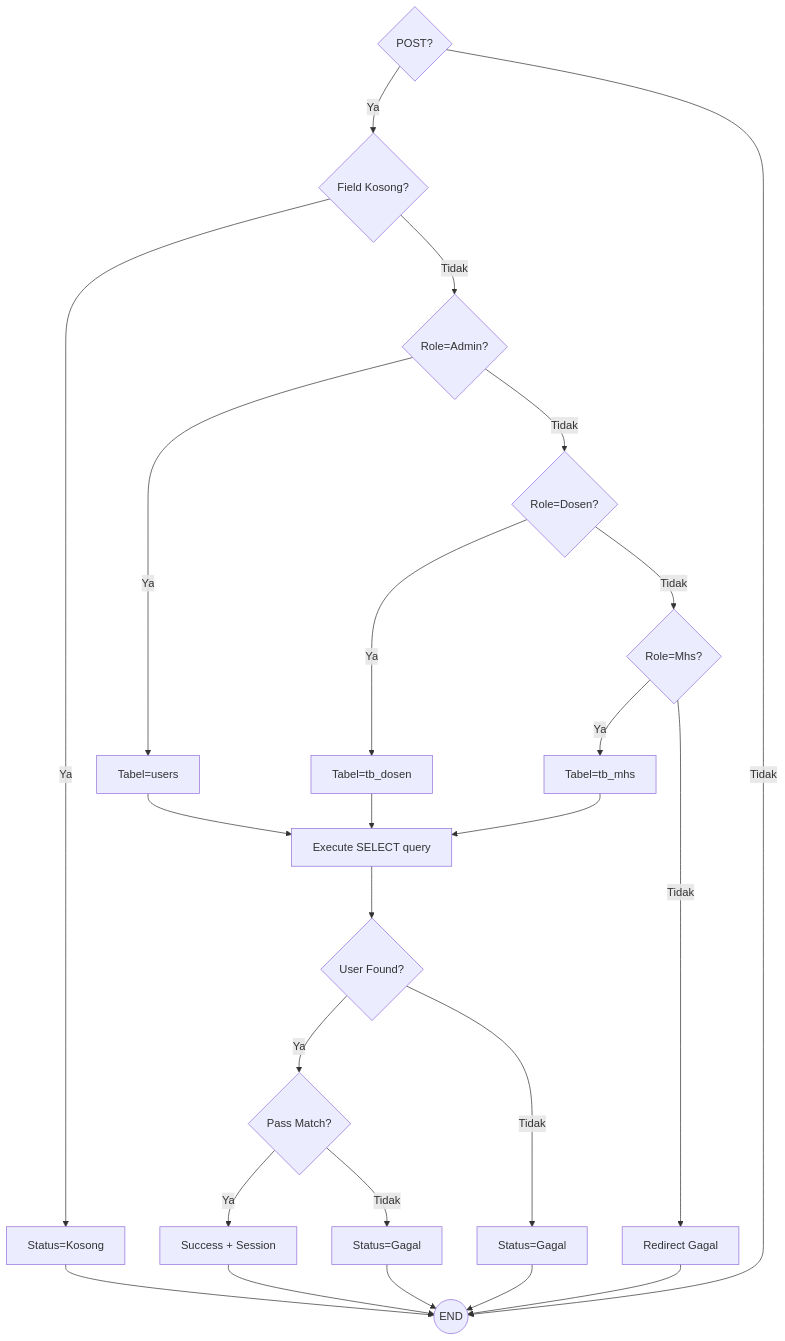
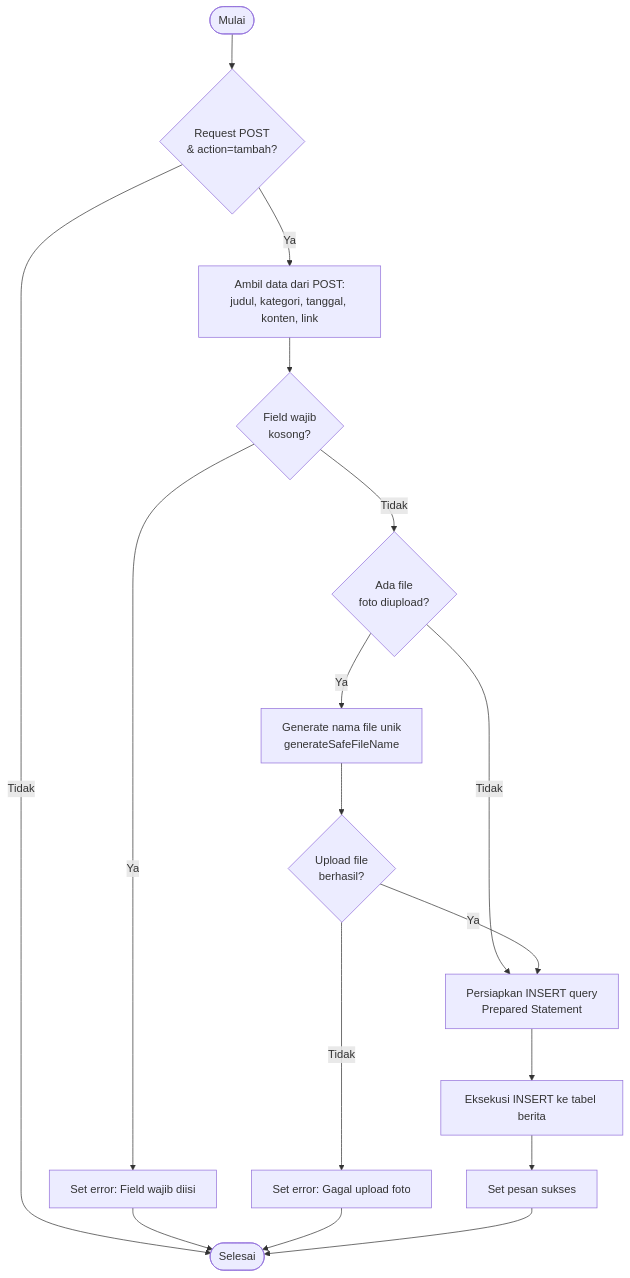
One commit to arbain-dev/Web_fikom changed the third of 6 diagrams in docs/07_PENGUJIAN_WHITE_BOX.md. Above: the diagram before and after it, drawn with Mermaid. The commit also changed other lines of this file and 46 other files, not shown here.

````diff
--- a/docs/07_PENGUJIAN_WHITE_BOX.md
+++ b/docs/07_PENGUJIAN_WHITE_BOX.md
@@ -43,20 +158,19 @@
 ```mermaid
 flowchart TD
-    N1{POST?} -->|Ya| N2{Field Kosong?}
-    N1 -->|Tidak| N17((END))
-    N2 -- Ya --> N3[Status=Kosong]
-    N2 -- Tidak --> N4{Role=Admin?}
-    N4 -- Ya --> N5[Tabel=users]
-    N4 -- Tidak --> N6{Role=Dosen?}
-    N6 -- Ya --> N7[Tabel=tb_dosen]
-    N6 -- Tidak --> N8{Role=Mhs?}
-    N8 -- Ya --> N9[Tabel=tb_mhs]
-    N8 -- Tidak --> N10[Redirect Gagal]
-    N5 & N7 & N9 --> N11[Execute SELECT query]
-    N11 --> N12{User Found?}
-    N12 -- Ya --> N13{Pass Match?}
-    N12 -- Tidak --> N16[Status=Gagal]
-    N13 -- Ya --> N14[Success + Session]
-    N13 -- Tidak --> N15[Status=Gagal]
-    N3 & N10 & N16 & N15 & N14 --> N17
+    A([Mulai]) --> B{Request POST\n& action=tambah?}
+    B -- Tidak --> M([Selesai])
+    B -- Ya --> C[Ambil data dari POST:\njudul, kategori, tanggal, konten, link]
+    C --> D{Field wajib\nkosong?}
+    D -- Ya --> E[Set error: Field wajib diisi]
+    E --> M
+    D -- Tidak --> F{Ada file\nfoto diupload?}
+    F -- Tidak --> J[Persiapkan INSERT query\nPrepared Statement]
+    F -- Ya --> G[Generate nama file unik\ngenerateSafeFileName]
+    G --> H{Upload file\nberhasil?}
+    H -- Tidak --> I[Set error: Gagal upload foto]
+    I --> M
+    H -- Ya --> J
+    J --> K[Eksekusi INSERT ke tabel berita]
+    K --> L[Set pesan sukses]
+    L --> M
 ```
````
